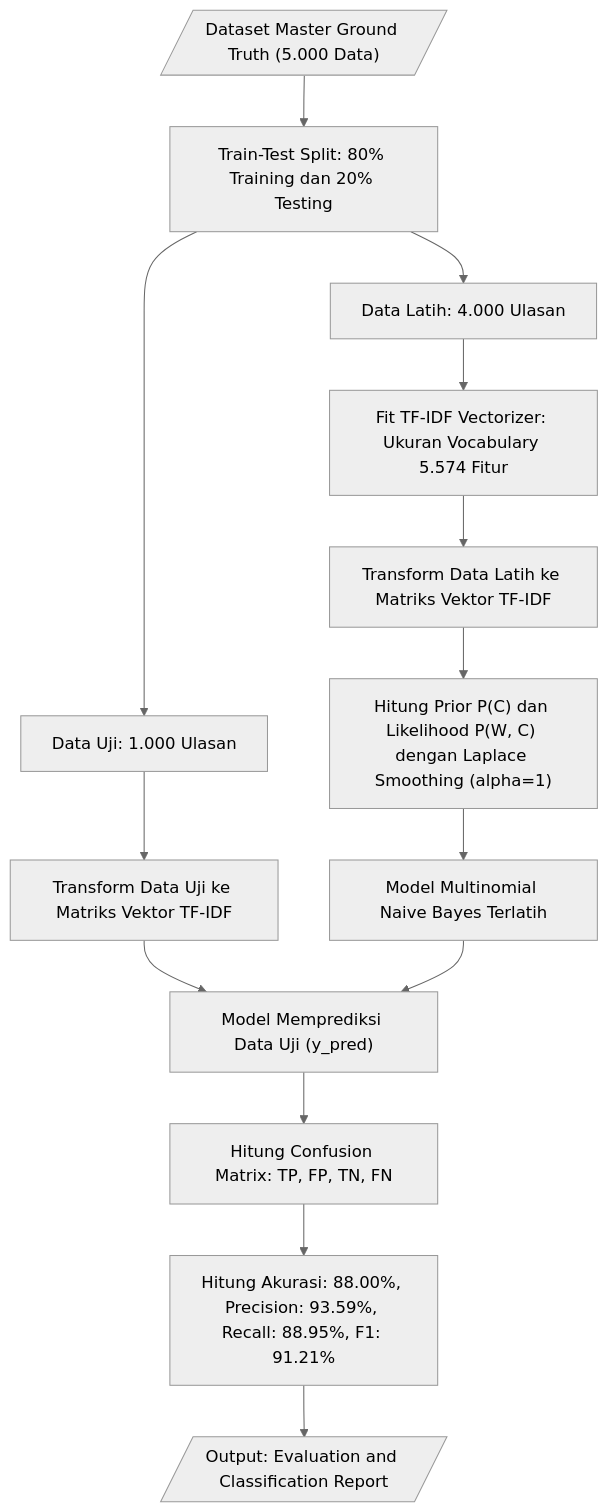
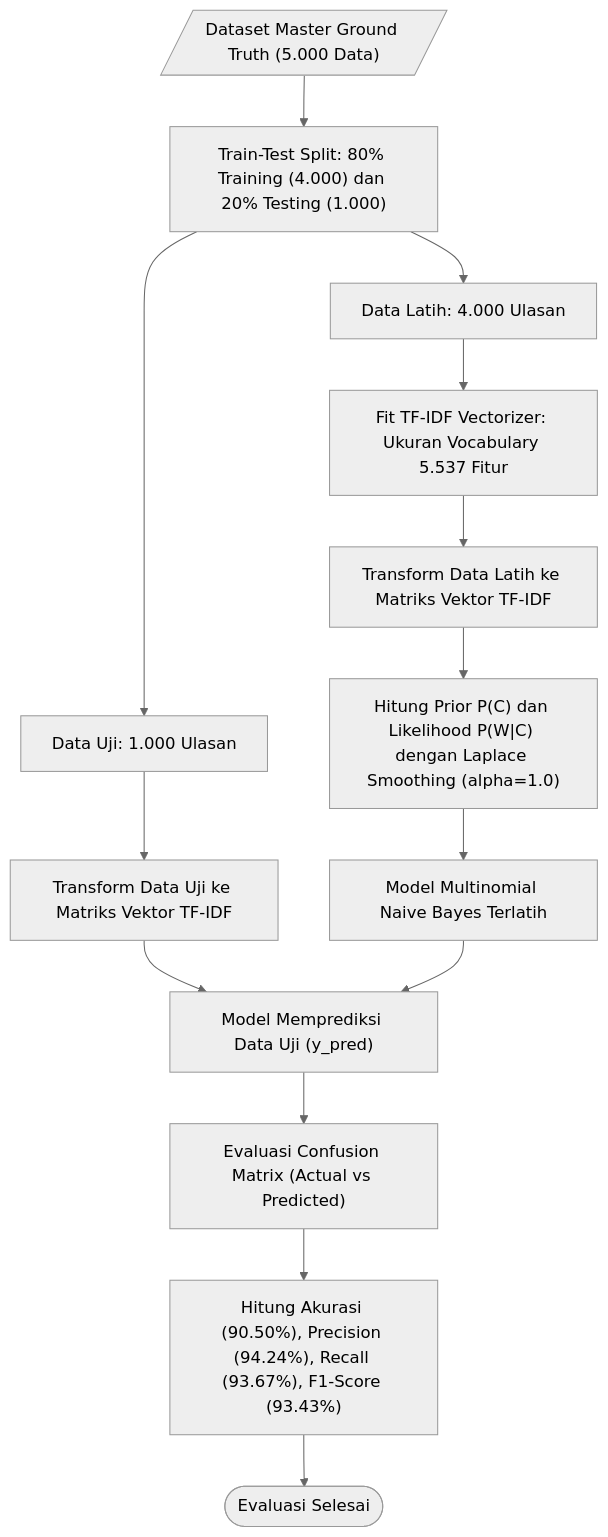
Before and after one commit to presidendjakarta/Binus-s2-Business-Intelligence-and-Analytics-TK: the fourth of 5 diagrams in docs/flowchart.md, drawn with Mermaid (neutral theme). The commit also changed other lines of this file and 28 other files, not shown here.

````diff
--- a/docs/flowchart.md
+++ b/docs/flowchart.md
@@ -85,21 +87,21 @@
 ```mermaid
 flowchart TD
-    Dataset[/"Dataset Master Ground Truth (5.000 Data)"/] --> Split["Train-Test Split: 80% Training dan 20% Testing"]
+    Dataset[/"Dataset Master Ground Truth (5.000 Data)"/] --> Split["Train-Test Split: 80% Training (4.000) dan 20% Testing (1.000)"]
     
     Split --> TrainSet["Data Latih: 4.000 Ulasan"]
     Split --> TestSet["Data Uji: 1.000 Ulasan"]
     
-    TrainSet --> FitTFIDF["Fit TF-IDF Vectorizer: Ukuran Vocabulary 5.574 Fitur"]
+    TrainSet --> FitTFIDF["Fit TF-IDF Vectorizer: Ukuran Vocabulary 5.537 Fitur"]
     FitTFIDF --> TransformTrain["Transform Data Latih ke Matriks Vektor TF-IDF"]
     
-    TransformTrain --> TrainMNB["Hitung Prior P(C) dan Likelihood P(W, C) dengan Laplace Smoothing (alpha=1)"]
+    TransformTrain --> TrainMNB["Hitung Prior P(C) dan Likelihood P(W|C) dengan Laplace Smoothing (alpha=1.0)"]
     TrainMNB --> ModelReady["Model Multinomial Naive Bayes Terlatih"]
     
     TestSet --> TransformTest["Transform Data Uji ke Matriks Vektor TF-IDF"]
     TransformTest --> PredictTest["Model Memprediksi Data Uji (y_pred)"]
     ModelReady --> PredictTest
     
-    PredictTest --> EvalConfusion["Hitung Confusion Matrix: TP, FP, TN, FN"]
-    EvalConfusion --> CalcMetrics["Hitung Akurasi: 88.00%, Precision: 93.59%, Recall: 88.95%, F1: 91.21%"]
-    CalcMetrics --> EvalReport[/"Output: Evaluation and Classification Report"/]
+    PredictTest --> EvalConfusion["Evaluasi Confusion Matrix (Actual vs Predicted)"]
+    EvalConfusion --> CalcMetrics["Hitung Akurasi (90.50%), Precision (94.24%), Recall (93.67%), F1-Score (93.43%)"]
+    CalcMetrics --> EvalDone(["Evaluasi Selesai"])
 ```
````
